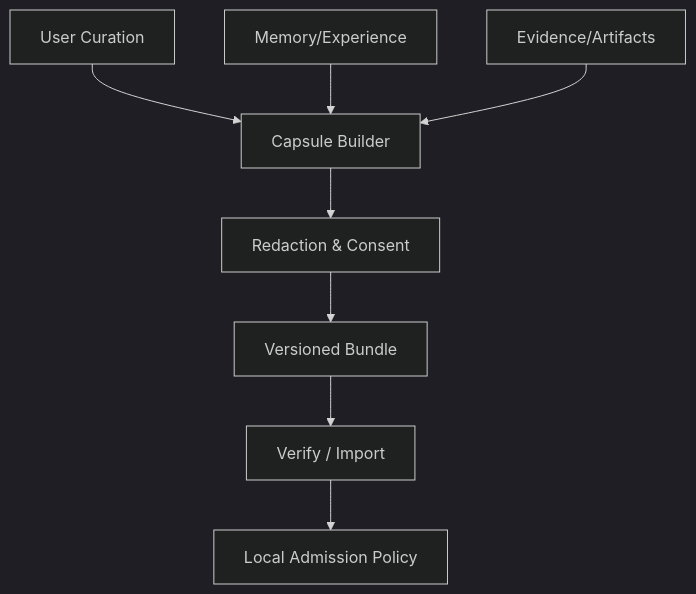
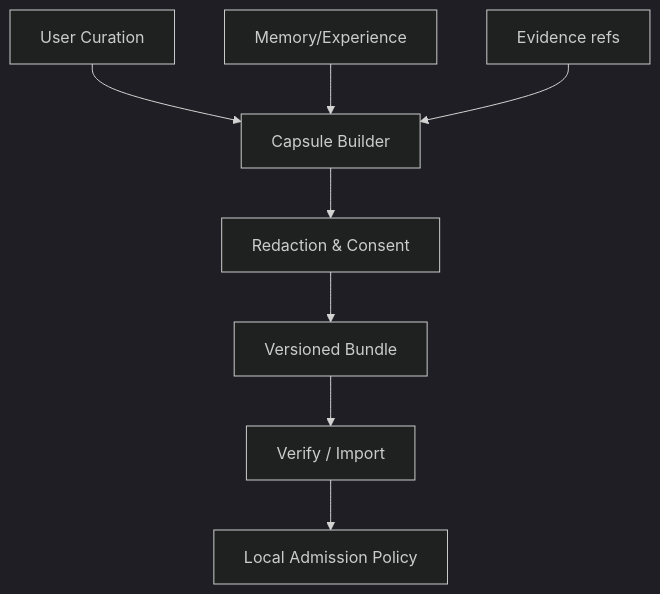
Before and after one commit to Cainheart/tracegraph-agent: the first of 2 diagrams in docs/outlive-agent-v2/04-memory-and-experience/05-legacy-governance.md, drawn with Mermaid (dark theme). The commit also changed other lines of this file and 69 other files, not shown here.

````diff
--- a/docs/outlive-agent-v2/04-memory-and-experience/05-legacy-governance.md
+++ b/docs/outlive-agent-v2/04-memory-and-experience/05-legacy-governance.md
@@ -15,10 +15,10 @@
 ```mermaid
 flowchart TB
   U[User Curation] --> C[Capsule Builder]
   M[Memory/Experience] --> C
-  E[Evidence/Artifacts] --> C
+  E[Evidence refs] --> C
   C --> R[Redaction & Consent]
   R --> B[Versioned Bundle]
   B --> V[Verify / Import]
   V --> A[Local Admission Policy]
 ```
````
